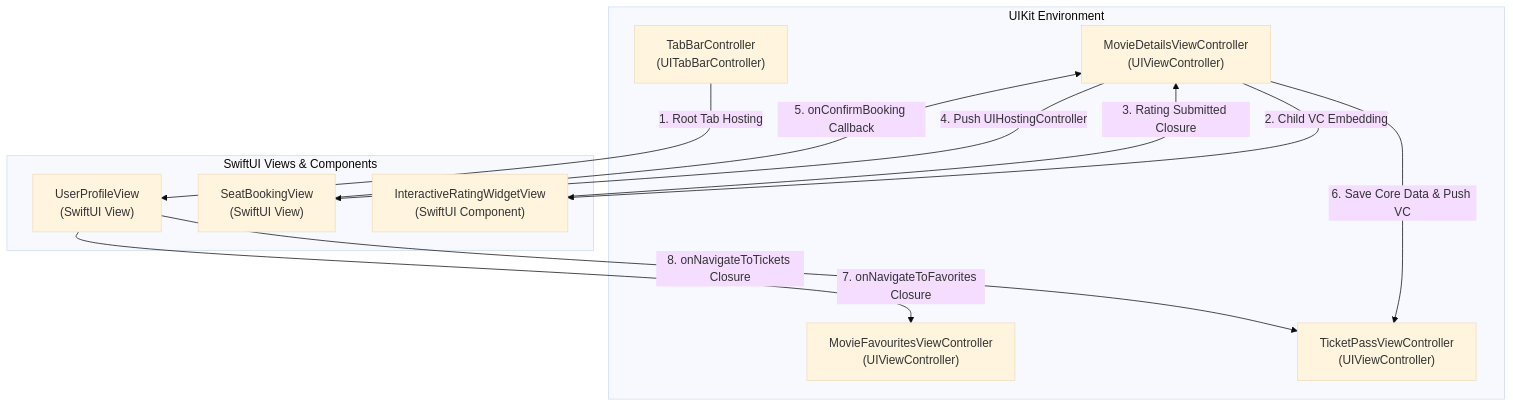
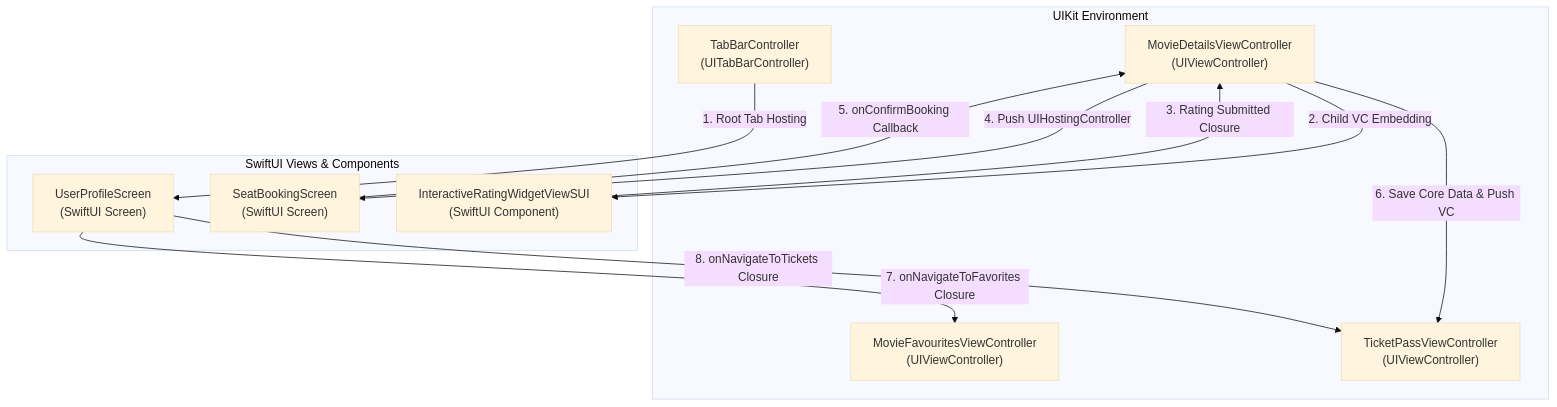
One commit to dhikadityre/RateMovie changed the first of 2 diagrams in README.md. Above: the diagram before and after it, drawn with Mermaid (base theme). The commit also changed other lines of this file and 10 other files, not shown here.

Commit message:
refactor(presentation): rename SwiftUI views and view models to follow Screen and SUI naming convention

````diff
--- a/README.md
+++ b/README.md
@@ -48,24 +48,24 @@
 ```mermaid
 graph TD
     subgraph UIKit Environment
         A["TabBarController<br/>(UITabBarController)"]
         B["MovieDetailsViewController<br/>(UIViewController)"]
         C["MovieFavouritesViewController<br/>(UIViewController)"]
         D["TicketPassViewController<br/>(UIViewController)"]
     end
 
     subgraph SwiftUI Views & Components
-        E["UserProfileView<br/>(SwiftUI View)"]
-        F["SeatBookingView<br/>(SwiftUI View)"]
-        G["InteractiveRatingWidgetView<br/>(SwiftUI Component)"]
+        E["UserProfileScreen<br/>(SwiftUI Screen)"]
+        F["SeatBookingScreen<br/>(SwiftUI Screen)"]
+        G["InteractiveRatingWidgetViewSUI<br/>(SwiftUI Component)"]
     end
 
     A -->|1. Root Tab Hosting| E
     B -->|2. Child VC Embedding| G
     G -->|3. Rating Submitted Closure| B
     B -->|4. Push UIHostingController| F
     F -->|5. onConfirmBooking Callback| B
     B -->|6. Save Core Data & Push VC| D
     E -->|7. onNavigateToFavorites Closure| C
     E -->|8. onNavigateToTickets Closure| D
 ```
````
